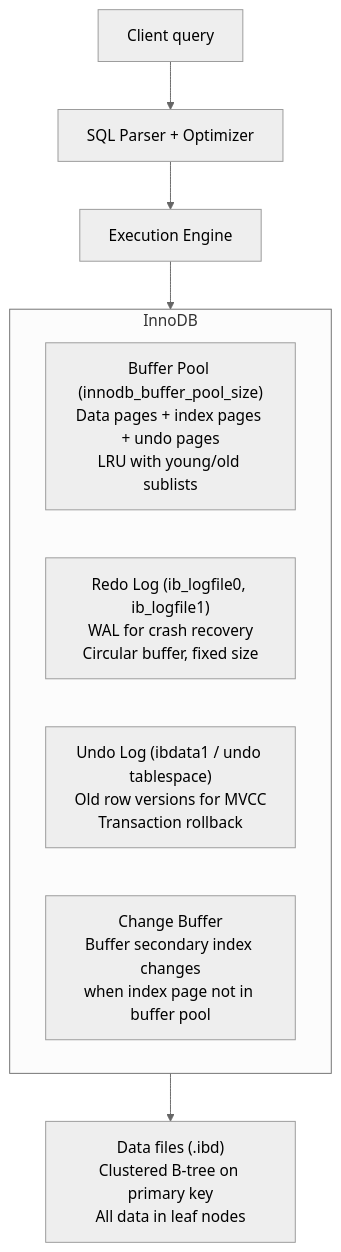
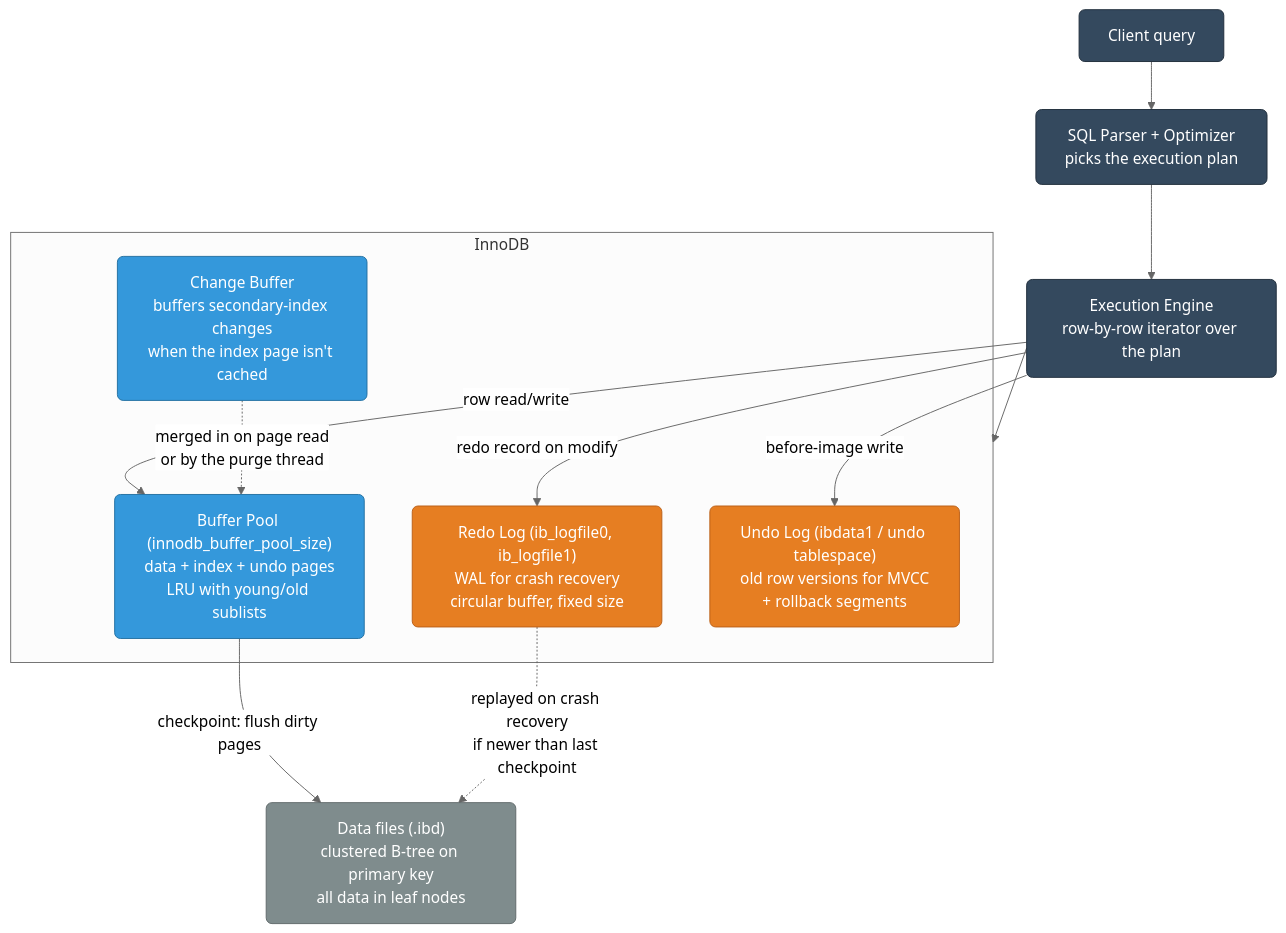
Before and after one commit to deepanshu-rawat6/DevOpsIndex: the first of 7 diagrams in databases/mysql-internals.md, drawn with Mermaid (neutral theme). The commit also changed other lines of this file and 7 other files, not shown here.

````diff
--- a/databases/mysql-internals.md
+++ b/databases/mysql-internals.md
@@ -5,15 +14,25 @@
 ```mermaid
 graph TD
-    CLIENT2["Client query"] --> PARSER["SQL Parser + Optimizer"]
-    PARSER --> EXEC["Execution Engine"]
+    classDef client fill:#34495e,stroke:#212f3c,color:#fff,rx:6
+    classDef mem fill:#3498db,stroke:#2471a3,color:#fff,rx:6
+    classDef durable fill:#e67e22,stroke:#ba6018,color:#fff,rx:6
+    classDef disk fill:#7f8c8d,stroke:#616a6b,color:#fff,rx:6
+
+    CLIENT2["Client query"]:::client --> PARSER["SQL Parser + Optimizer<br/>picks the execution plan"]:::client
+    PARSER --> EXEC["Execution Engine<br/>row-by-row iterator over the plan"]:::client
     EXEC --> INNODB["InnoDB Storage Engine"]
 
     subgraph INNODB["InnoDB"]
-        BP2["Buffer Pool (innodb_buffer_pool_size)<br>Data pages + index pages + undo pages<br>LRU with young/old sublists"]
-        REDO["Redo Log (ib_logfile0, ib_logfile1)<br>WAL for crash recovery<br>Circular buffer, fixed size"]
-        UNDO["Undo Log (ibdata1 / undo tablespace)<br>Old row versions for MVCC<br>Transaction rollback"]
-        CHANGE["Change Buffer<br>Buffer secondary index changes<br>when index page not in buffer pool"]
+        BP2["Buffer Pool (innodb_buffer_pool_size)<br/>data + index + undo pages<br/>LRU with young/old sublists"]:::mem
+        CHANGE["Change Buffer<br/>buffers secondary-index changes<br/>when the index page isn't cached"]:::mem
+        REDO["Redo Log (ib_logfile0, ib_logfile1)<br/>WAL for crash recovery<br/>circular buffer, fixed size"]:::durable
+        UNDO["Undo Log (ibdata1 / undo tablespace)<br/>old row versions for MVCC<br/>+ rollback segments"]:::durable
     end
 
-    INNODB --> DATA2["Data files (.ibd)<br>Clustered B-tree on primary key<br>All data in leaf nodes"]
+    EXEC -->|"row read/write"| BP2
+    EXEC -->|"before-image write"| UNDO
+    EXEC -->|"redo record on modify"| REDO
+    CHANGE -.->|"merged in on page read<br/>or by the purge thread"| BP2
+    BP2 -->|"checkpoint: flush dirty pages"| DATA2["Data files (.ibd)<br/>clustered B-tree on primary key<br/>all data in leaf nodes"]:::disk
+    REDO -.->|"replayed on crash recovery<br/>if newer than last checkpoint"| DATA2
 ```
````
